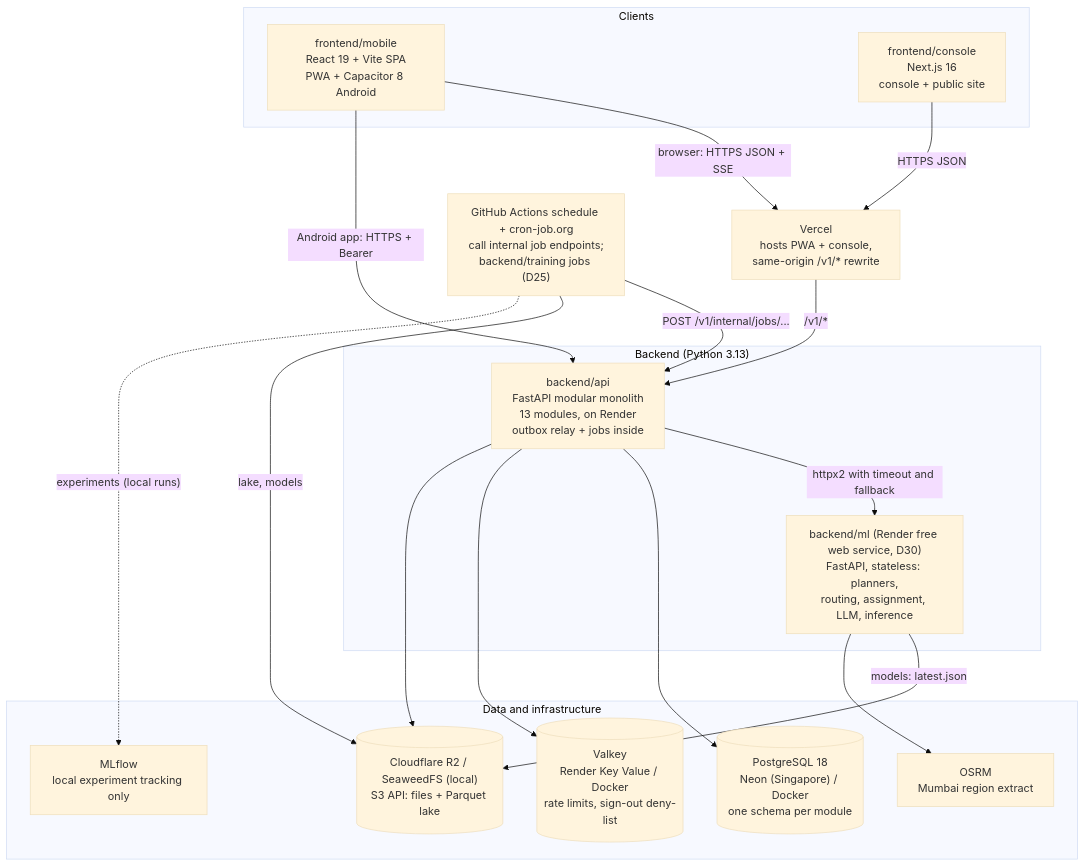
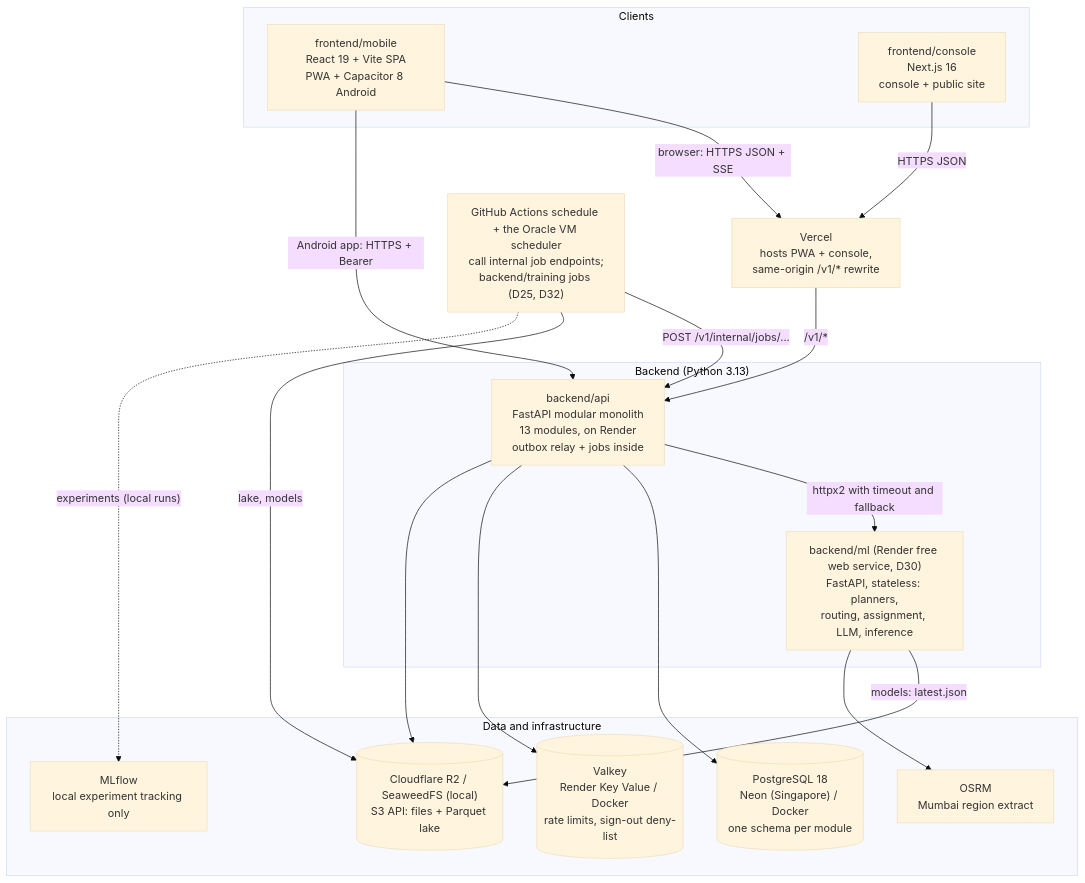
Before and after one commit to prelekar7/GharBasket: the second of 5 diagrams in docs/handbook/04-system-architecture.md, drawn with Mermaid (base theme). The commit also changed other lines of this file and 35 other files, not shown here.

````diff
--- a/docs/handbook/04-system-architecture.md
+++ b/docs/handbook/04-system-architecture.md
@@ -53,33 +53,33 @@
 ```mermaid
 flowchart TB
   subgraph Clients
     MOB["frontend/mobile<br/>React 19 + Vite SPA<br/>PWA + Capacitor 8 Android"]
     CON["frontend/console<br/>Next.js 16<br/>console + public site"]
   end
   VER["Vercel<br/>hosts PWA + console,<br/>same-origin /v1/* rewrite"]
-  GHA["GitHub Actions schedule + cron-job.org<br/>call internal job endpoints;<br/>backend/training jobs (D25)"]
+  GHA["GitHub Actions schedule + the Oracle VM scheduler<br/>call internal job endpoints;<br/>backend/training jobs (D25, D32)"]
   subgraph Backend["Backend (Python 3.13)"]
     API["backend/api<br/>FastAPI modular monolith<br/>13 modules, on Render<br/>outbox relay + jobs inside"]
     ML["backend/ml (Render free web service, D30)<br/>FastAPI, stateless: planners,<br/>routing, assignment, LLM, inference"]
   end
   subgraph Data["Data and infrastructure"]
     PG[("PostgreSQL 18<br/>Neon (Singapore) / Docker<br/>one schema per module")]
     VK[("Valkey<br/>Render Key Value / Docker<br/>rate limits, sign-out deny-list")]
     MLF["MLflow<br/>local experiment tracking only"]
     OBJ[("Cloudflare R2 / SeaweedFS (local)<br/>S3 API: files + Parquet lake")]
     OSRM["OSRM<br/>Mumbai region extract"]
   end
   MOB -->|"browser: HTTPS JSON + SSE"| VER
   CON -->|"HTTPS JSON"| VER
   VER -->|"/v1/*"| API
   MOB -->|"Android app: HTTPS + Bearer"| API
   GHA -->|"POST /v1/internal/jobs/..."| API
   API -->|"httpx2 with timeout and fallback"| ML
   API --> PG
   API --> VK
   ML -->|"models: latest.json"| OBJ
   ML --> OSRM
   GHA -->|"lake, models"| OBJ
   GHA -.->|"experiments (local runs)"| MLF
   API --> OBJ
 ```
````
